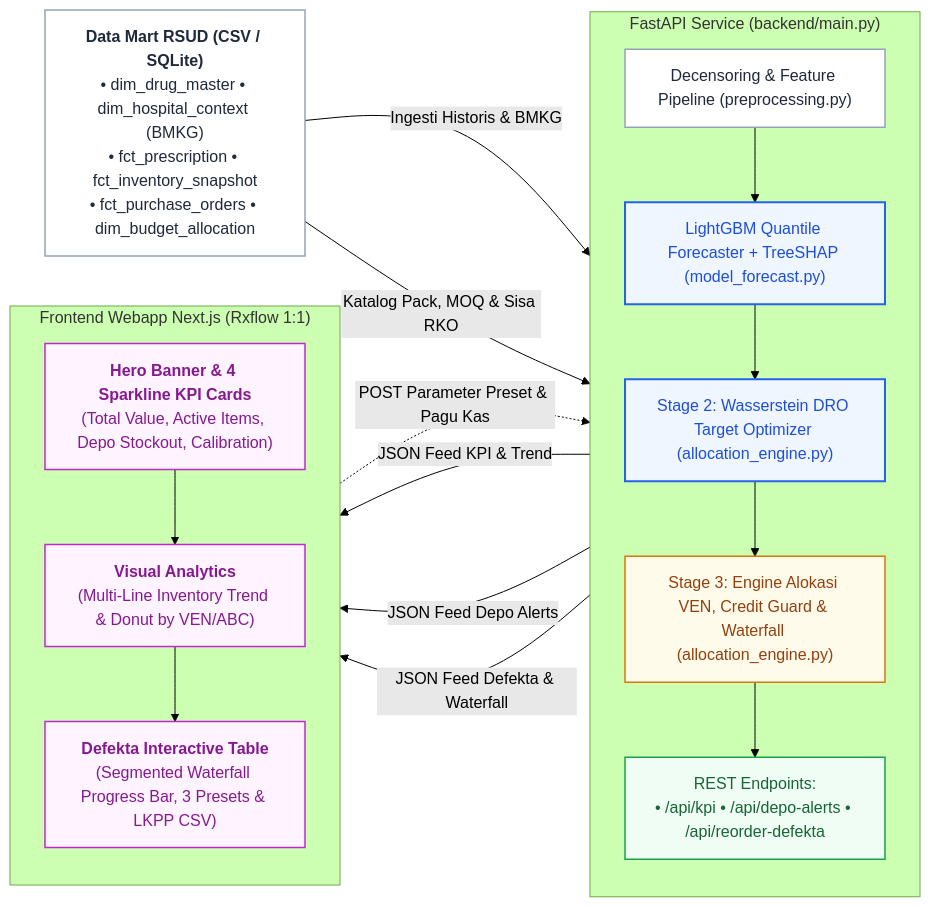
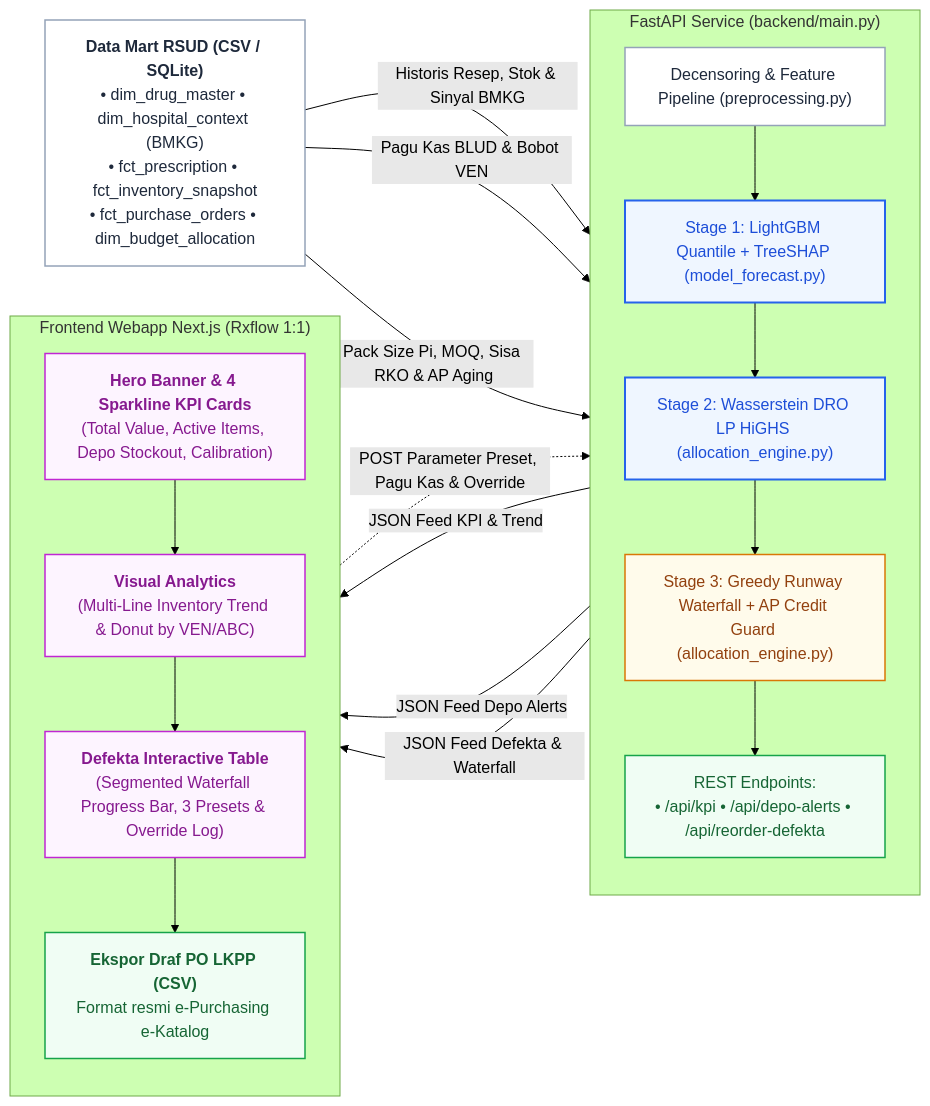
The second of 2 diagrams in projectfarmasi.md (gimigkk/sediantara-research), drawn with Mermaid (forest theme) before and after one commit. The commit also changed other lines of this file, not shown here.

Commit message:
fix(docs): resolve mathematical, schema, and legal contradictions in project bible

````diff
--- a/projectfarmasi.md
+++ b/projectfarmasi.md
@@ -433,41 +444,44 @@
 ```mermaid
 flowchart LR
     classDef default fill:#ffffff,stroke:#94a3b8,stroke-width:1.5px,color:#1e293b;
     classDef ai fill:#eff6ff,stroke:#2563eb,stroke-width:2px,color:#1d4ed8;
     classDef warn fill:#fffbeb,stroke:#d97706,stroke-width:1.5px,color:#92400e;
     classDef success fill:#f0fdf4,stroke:#16a34a,stroke-width:1.5px,color:#166534;
     classDef ui fill:#fdf4ff,stroke:#c026d3,stroke-width:1.5px,color:#86198f;
 
     DATA["<b>Data Mart RSUD (CSV / SQLite)</b><br/>• dim_drug_master • dim_hospital_context (BMKG)<br/>• fct_prescription • fct_inventory_snapshot<br/>• fct_purchase_orders • dim_budget_allocation"]
 
     subgraph BackendAPI ["FastAPI Service (backend/main.py)"]
         direction TB
         PIPE["Decensoring &amp; Feature Pipeline (preprocessing.py)"]
-        LGB["LightGBM Quantile Forecaster + TreeSHAP (model_forecast.py)"]:::ai
-        LP_OPT["Stage 2: Wasserstein DRO Target Optimizer (allocation_engine.py)"]:::ai
-        ALLOC["Stage 3: Engine Alokasi VEN, Credit Guard &amp; Waterfall (allocation_engine.py)"]:::warn
+        LGB["Stage 1: LightGBM Quantile + TreeSHAP (model_forecast.py)"]:::ai
+        LP_OPT["Stage 2: Wasserstein DRO LP HiGHS (allocation_engine.py)"]:::ai
+        ALLOC["Stage 3: Greedy Runway Waterfall + AP Credit Guard (allocation_engine.py)"]:::warn
         API["REST Endpoints:<br/>• /api/kpi • /api/depo-alerts • /api/reorder-defekta"]:::success
         
         PIPE --> LGB
         LGB --> LP_OPT
         LP_OPT --> ALLOC
         ALLOC --> API
     end
 
     subgraph FrontendApp ["Frontend Webapp Next.js (Rxflow 1:1)"]
         direction TB
         UI1["<b>Hero Banner &amp; 4 Sparkline KPI Cards</b><br/>(Total Value, Active Items, Depo Stockout, Calibration)"]:::ui
         UI2["<b>Visual Analytics</b><br/>(Multi-Line Inventory Trend &amp; Donut by VEN/ABC)"]:::ui
-        UI3["<b>Defekta Interactive Table</b><br/>(Segmented Waterfall Progress Bar, 3 Presets &amp; LKPP CSV)"]:::ui
+        UI3["<b>Defekta Interactive Table</b><br/>(Segmented Waterfall Progress Bar, 3 Presets &amp; Override Log)"]:::ui
+        CSV["<b>Ekspor Draf PO LKPP (CSV)</b><br/>Format resmi e-Purchasing e-Katalog"]:::success
         
         UI1 --> UI2
         UI2 --> UI3
+        UI3 --> CSV
     end
 
-    DATA -->|"Ingesti Historis & BMKG"| PIPE
-    DATA -->|"Katalog Pack, MOQ & Sisa RKO"| ALLOC
+    DATA -->|"Historis Resep, Stok & Sinyal BMKG"| PIPE
+    DATA -->|"Pagu Kas BLUD & Bobot VEN"| LP_OPT
+    DATA -->|"Pack Size Pi, MOQ, Sisa RKO & AP Aging"| ALLOC
     API -->|"JSON Feed KPI & Trend"| UI1
     API -->|"JSON Feed Depo Alerts"| UI2
     API -->|"JSON Feed Defekta & Waterfall"| UI3
-    UI3 -.->|"POST Parameter Preset & Pagu Kas"| API
+    UI3 -.->|"POST Parameter Preset, Pagu Kas & Override"| API
 ```
````
